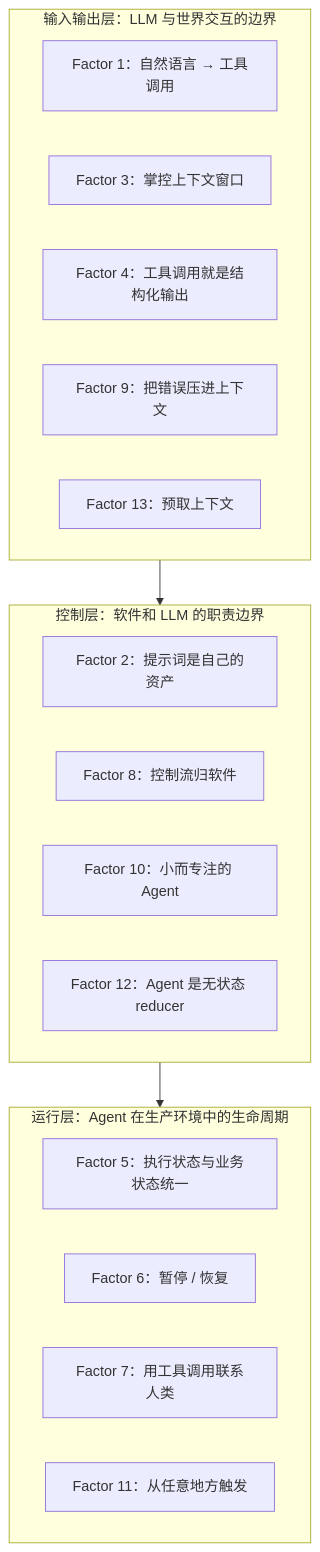
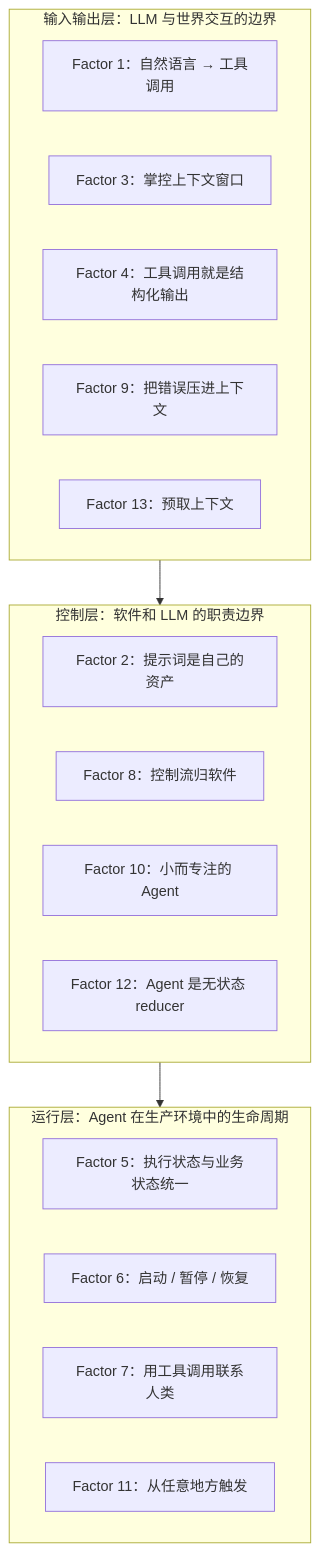
The diagram in content/posts/tech/12-factor-agents-llm-principles.md (A1pha3/text-matrix), drawn with Mermaid before and after one commit. The commit also changed other lines of this file and 12 other files, not shown here.

````diff
--- a/content/posts/tech/12-factor-agents-llm-principles.md
+++ b/content/posts/tech/12-factor-agents-llm-principles.md
@@ -84,26 +84,26 @@
 ```mermaid
 graph TB
  subgraph Layer1[输入输出层：LLM 与世界交互的边界]
  F1[Factor 1：自然语言 → 工具调用]
  F3[Factor 3：掌控上下文窗口]
  F4[Factor 4：工具调用就是结构化输出]
  F9[Factor 9：把错误压进上下文]
  F13[Factor 13：预取上下文]
  end
 
  subgraph Layer2[控制层：软件和 LLM 的职责边界]
  F2[Factor 2：提示词是自己的资产]
  F8[Factor 8：控制流归软件]
  F10[Factor 10：小而专注的 Agent]
  F12[Factor 12：Agent 是无状态 reducer]
  end
 
  subgraph Layer3[运行层：Agent 在生产环境中的生命周期]
  F5[Factor 5：执行状态与业务状态统一]
- F6[Factor 6：暂停 / 恢复]
+ F6[Factor 6：启动 / 暂停 / 恢复]
  F7[Factor 7：用工具调用联系人类]
  F11[Factor 11：从任意地方触发]
  end
 
  Layer1 --> Layer2 --> Layer3
 ```
````
